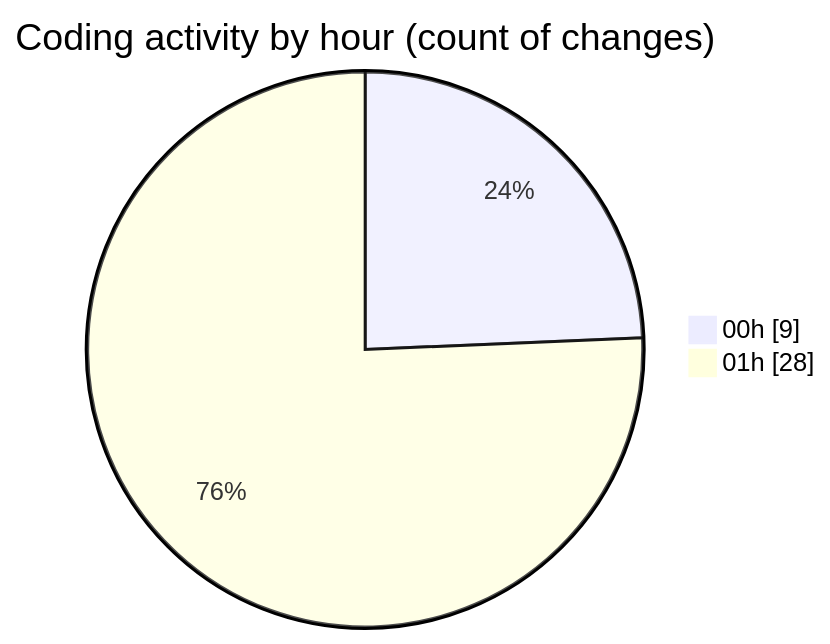
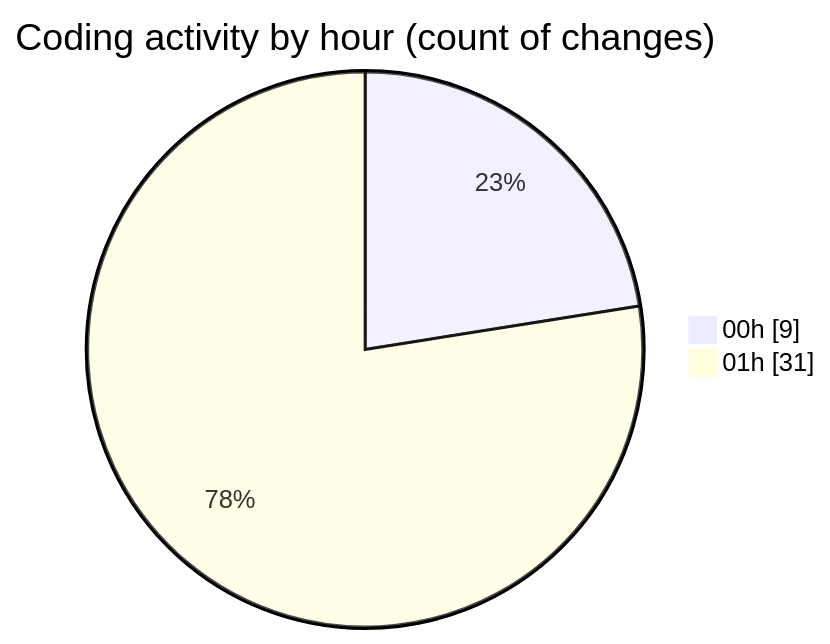
Before and after one commit to julien-gomy/code-tracking: the second of 2 diagrams in 2025-11-18/eventscop-frontend-guide__workspace_/README.md, drawn with Mermaid. The commit also changed other lines of this file and 1 other file, not shown here.

````diff
--- a/2025-11-18/eventscop-frontend-guide__workspace_/README.md
+++ b/2025-11-18/eventscop-frontend-guide__workspace_/README.md
@@ -36,6 +36,6 @@
 ```mermaid
 pie showData
 title Coding activity by hour (count of changes)
 "00h" : 9
-"01h" : 28
+"01h" : 31
 ```
````
